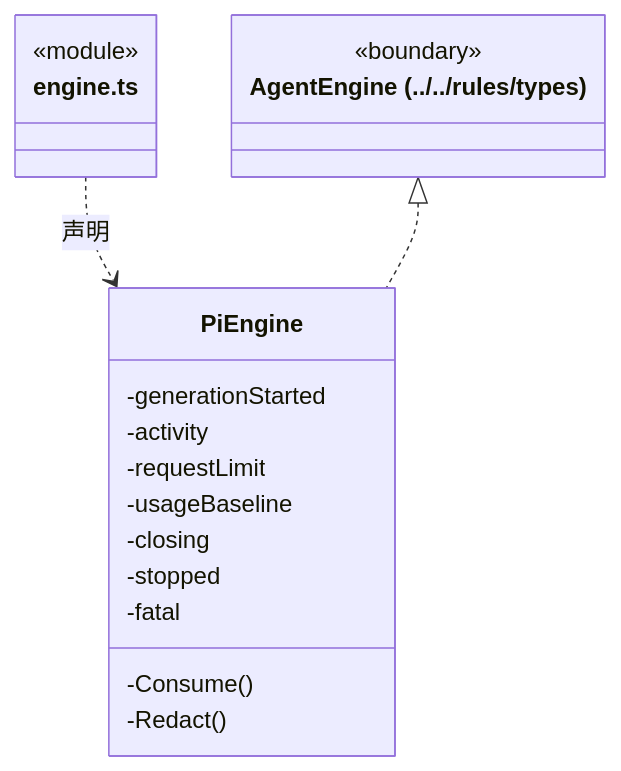
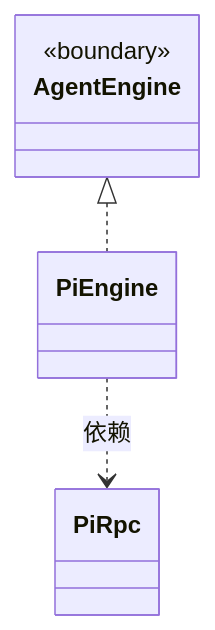
One commit to nan023062/cbim changed the diagram in src/logic/execution/engines/pi/ARCHITECTURE.md. Above: the diagram before and after it, drawn with Mermaid. The commit also changed other lines of this file and 158 other files, not shown here.

Commit message:
docs: model architecture through nested virtual encapsulations

````diff
--- a/src/logic/execution/engines/pi/ARCHITECTURE.md
+++ b/src/logic/execution/engines/pi/ARCHITECTURE.md
@@ -334,22 +20,13 @@
 ```mermaid
 classDiagram
-class N_src_logic_execution_engines_pi_engine_ts["engine.ts"] {
-  <<module>>
-}
-class N_src_logic_execution_engines_pi_engine_ts_PiEngine["PiEngine"] {
-  -generationStarted
-  -activity
-  -requestLimit
-  -usageBaseline
-  -closing
-  -stopped
-  -fatal
-  -Consume()
-  -Redact()
-}
-N_src_logic_execution_engines_pi_engine_ts ..> N_src_logic_execution_engines_pi_engine_ts_PiEngine : 声明
-class N_src_logic_execution_engines_pi_engine_ts_external_AgentEngine["AgentEngine (../../rules/types)"] {
+class N_35364cc05e43["PiEngine"]
+click N_35364cc05e43 href "engine.ts"
+class N_24230b67b640["PiRpc"]
+click N_24230b67b640 href "rpc.ts"
+class N_649b8a6ac172["AgentEngine"] {
   <<boundary>>
 }
-N_src_logic_execution_engines_pi_engine_ts_external_AgentEngine <|.. N_src_logic_execution_engines_pi_engine_ts_PiEngine
+click N_649b8a6ac172 href "../../rules/types.ts"
+N_35364cc05e43 ..> N_24230b67b640 : 依赖
+N_649b8a6ac172 <|.. N_35364cc05e43
 ```
````
